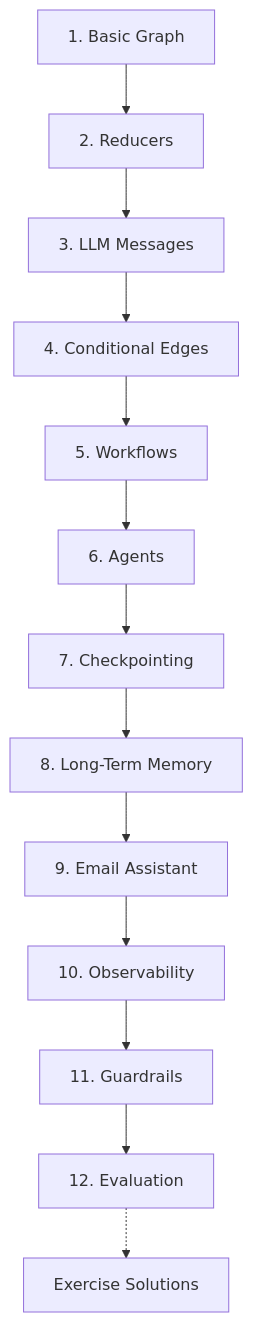
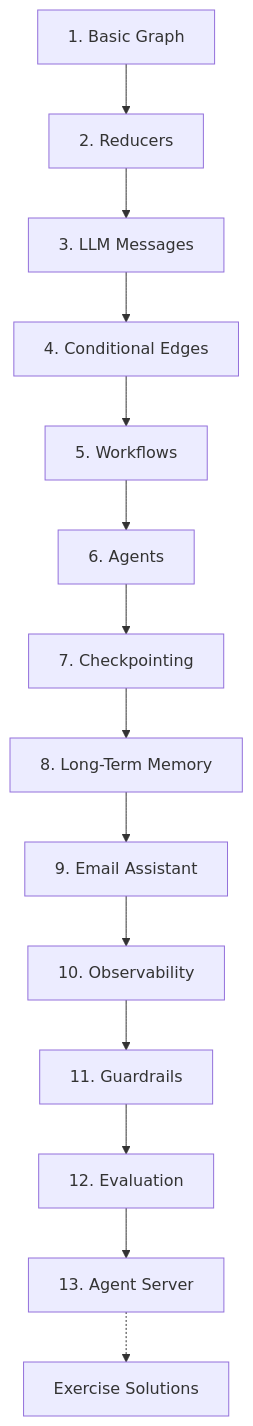
The second of 2 diagrams in README.md (Walid-Ahmed/langgraph-tutorials), drawn with Mermaid before and after one commit. The commit also changed other lines of this file and 16 other files, not shown here.

````diff
--- a/README.md
+++ b/README.md
@@ -63,15 +63,16 @@
 ```mermaid
 flowchart TD
     A["1. Basic Graph"] --> B["2. Reducers"]
     B --> C["3. LLM Messages"]
     C --> D["4. Conditional Edges"]
     D --> E["5. Workflows"]
     E --> F["6. Agents"]
     F --> G["7. Checkpointing"]
     G --> H["8. Long-Term Memory"]
     H --> I["9. Email Assistant"]
     I --> K["10. Observability"]
     K --> L["11. Guardrails"]
     L --> M["12. Evaluation"]
-    M -.-> J["Exercise Solutions"]
+    M --> N["13. Agent Server"]
+    N -.-> J["Exercise Solutions"]
 ```
````
